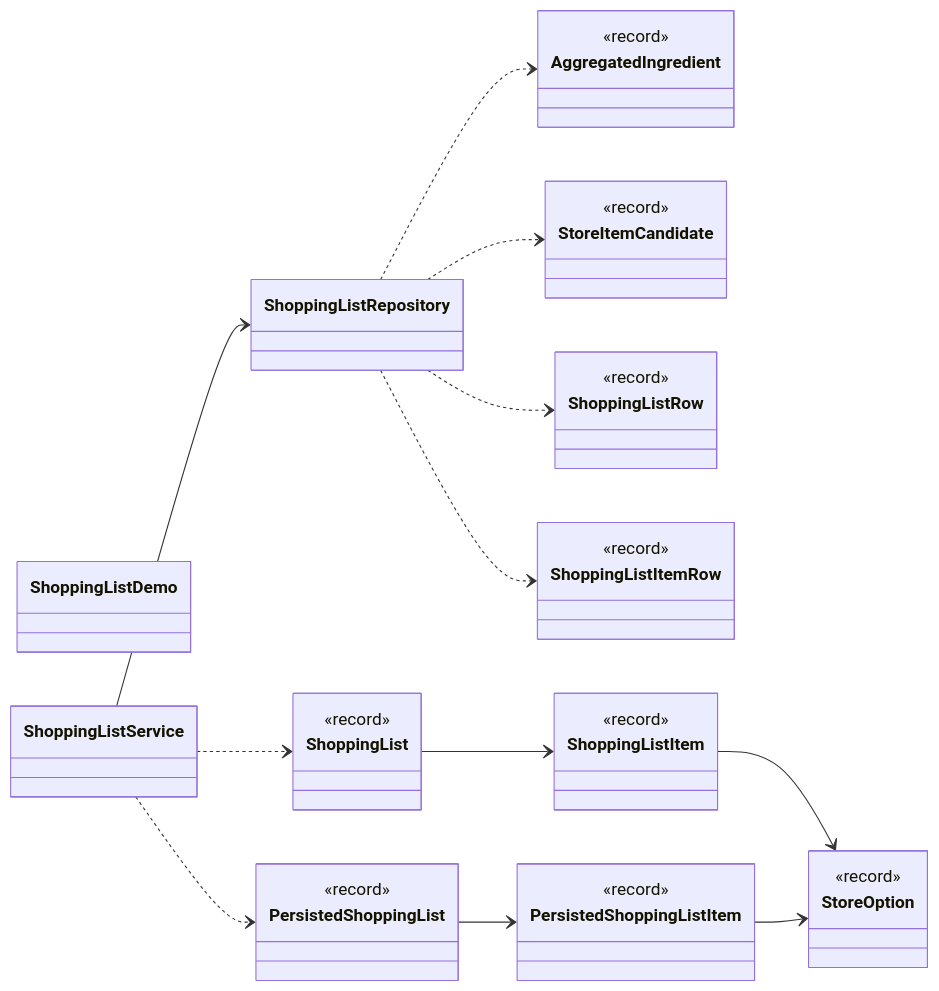
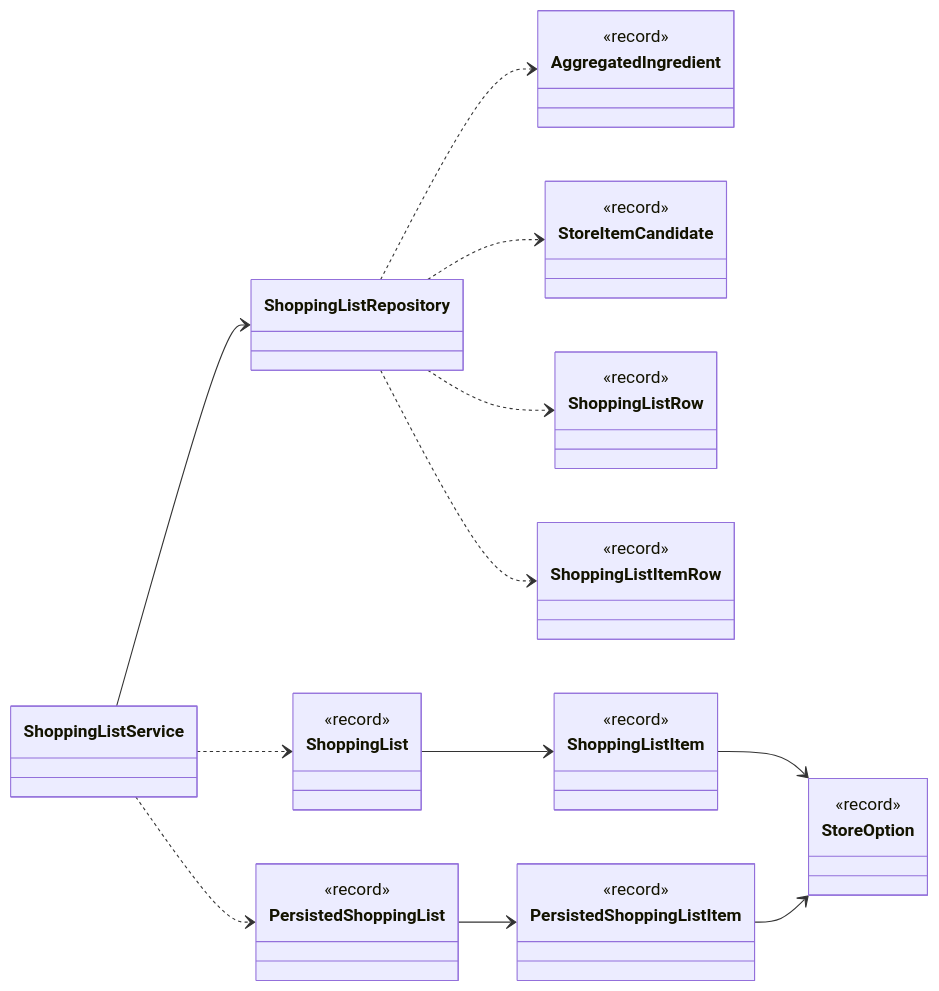
Before and after one commit to Nate-ryan-7690/dahaem: the first of 12 diagrams in docs/classes/shopping.md, drawn with Mermaid. The commit also changed other lines of this file and 31 other files, not shown here.

````diff
--- a/docs/classes/shopping.md
+++ b/docs/classes/shopping.md
@@ -11,45 +11,44 @@
 ```mermaid
 classDiagram
     direction LR
     class shopping_AggregatedIngredient["AggregatedIngredient"] {
         <<record>>
     }
     class shopping_PersistedShoppingList["PersistedShoppingList"] {
         <<record>>
     }
     class shopping_PersistedShoppingListItem["PersistedShoppingListItem"] {
         <<record>>
     }
     class shopping_ShoppingList["ShoppingList"] {
         <<record>>
     }
-    class shopping_ShoppingListDemo["ShoppingListDemo"]
     class shopping_ShoppingListItem["ShoppingListItem"] {
         <<record>>
     }
     class shopping_ShoppingListItemRow["ShoppingListItemRow"] {
         <<record>>
     }
     class shopping_ShoppingListRepository["ShoppingListRepository"]
     class shopping_ShoppingListRow["ShoppingListRow"] {
         <<record>>
     }
     class shopping_ShoppingListService["ShoppingListService"]
     class shopping_StoreItemCandidate["StoreItemCandidate"] {
         <<record>>
     }
     class shopping_StoreOption["StoreOption"] {
         <<record>>
     }
     shopping_PersistedShoppingList --> shopping_PersistedShoppingListItem
     shopping_PersistedShoppingListItem --> shopping_StoreOption
     shopping_ShoppingList --> shopping_ShoppingListItem
     shopping_ShoppingListItem --> shopping_StoreOption
     shopping_ShoppingListRepository ..> shopping_AggregatedIngredient
     shopping_ShoppingListRepository ..> shopping_StoreItemCandidate
     shopping_ShoppingListRepository ..> shopping_ShoppingListRow
     shopping_ShoppingListRepository ..> shopping_ShoppingListItemRow
     shopping_ShoppingListService --> shopping_ShoppingListRepository
     shopping_ShoppingListService ..> shopping_ShoppingList
     shopping_ShoppingListService ..> shopping_PersistedShoppingList
 ```
````
